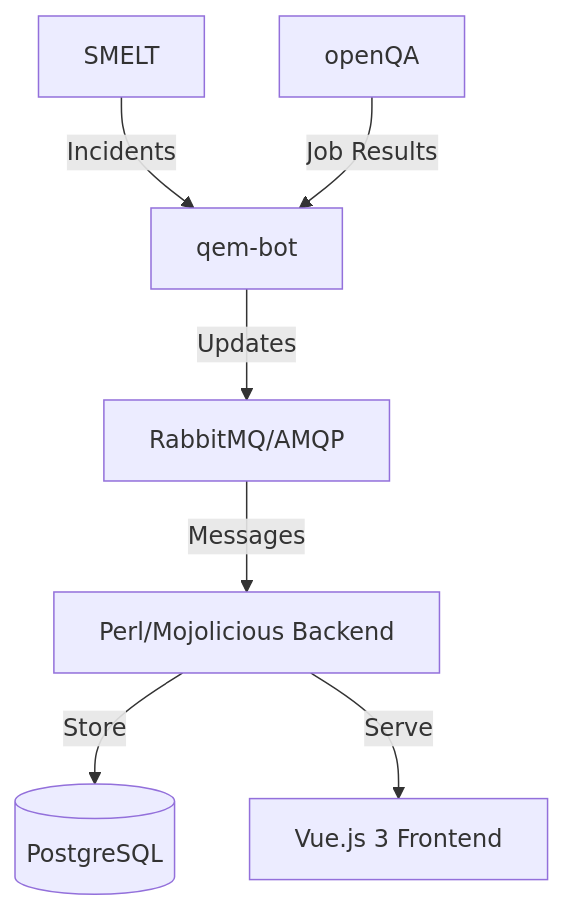
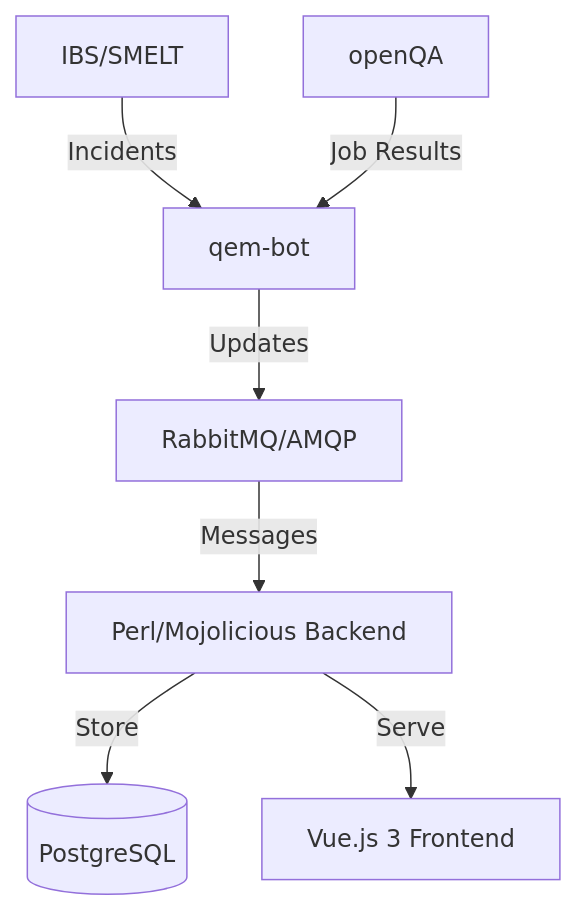
Before and after one commit to openSUSE/qem-dashboard: the diagram in docs/Architecture.md, drawn with Mermaid. The commit also changed other lines of this file and 6 other files, not shown here.

First line of the commit message:
feat: correct the naming from SMELT incidents to IBS incidents

````diff
--- a/docs/Architecture.md
+++ b/docs/Architecture.md
@@ -7,9 +7,9 @@
 ```mermaid
 graph TD
-    SMELT[SMELT] -->|Incidents| BOT[qem-bot]
+    IBS[IBS/SMELT] -->|Incidents| BOT[qem-bot]
     openQA[openQA] -->|Job Results| BOT
     BOT -->|Updates| AMQP[RabbitMQ/AMQP]
     AMQP -->|Messages| Backend[Perl/Mojolicious Backend]
     Backend -->|Store| DB[(PostgreSQL)]
     Backend -->|Serve| Frontend[Vue.js 3 Frontend]
 ```
````
